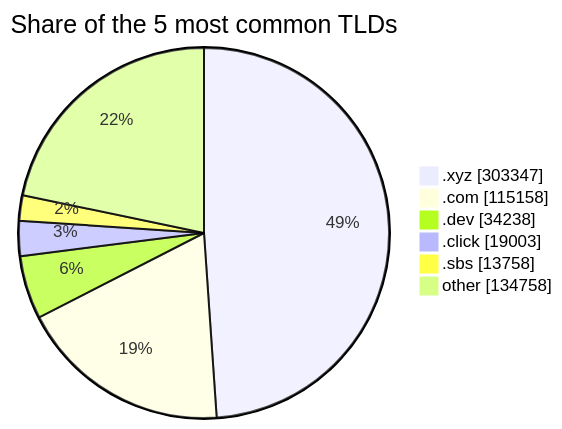
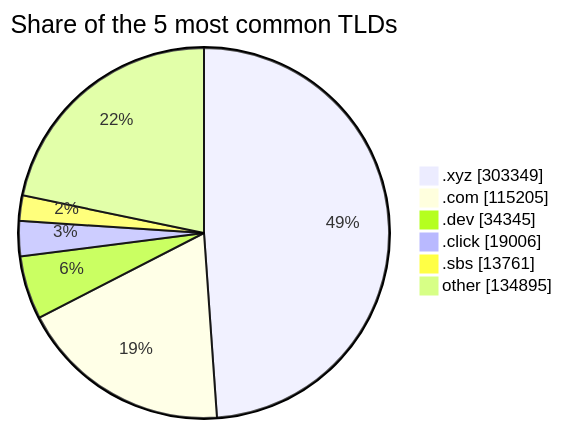
Before and after one commit to DNSBunker/CTI: the third of 3 diagrams in README.md, drawn with Mermaid. The commit also changed other lines of this file and 3 other files, not shown here.

````diff
--- a/README.md
+++ b/README.md
@@ -81,9 +81,9 @@
 ```mermaid
 pie showData title Share of the 5 most common TLDs
-    ".xyz" : 303347
-    ".com" : 115158
-    ".dev" : 34238
-    ".click" : 19003
-    ".sbs" : 13758
-    "other" : 134758
+    ".xyz" : 303349
+    ".com" : 115205
+    ".dev" : 34345
+    ".click" : 19006
+    ".sbs" : 13761
+    "other" : 134895
 ```
````
